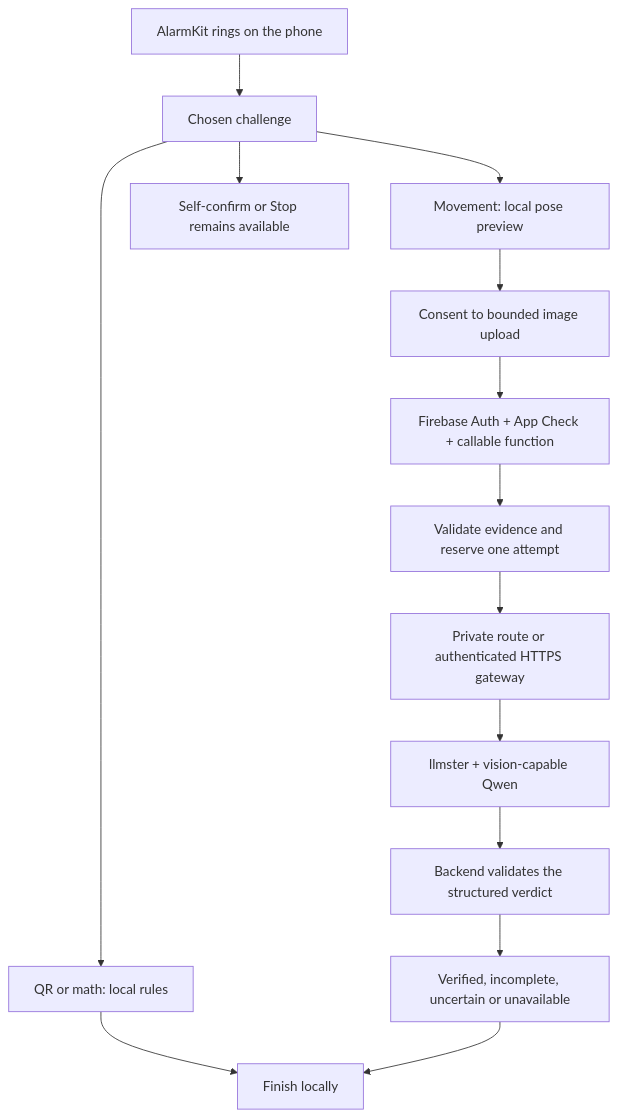
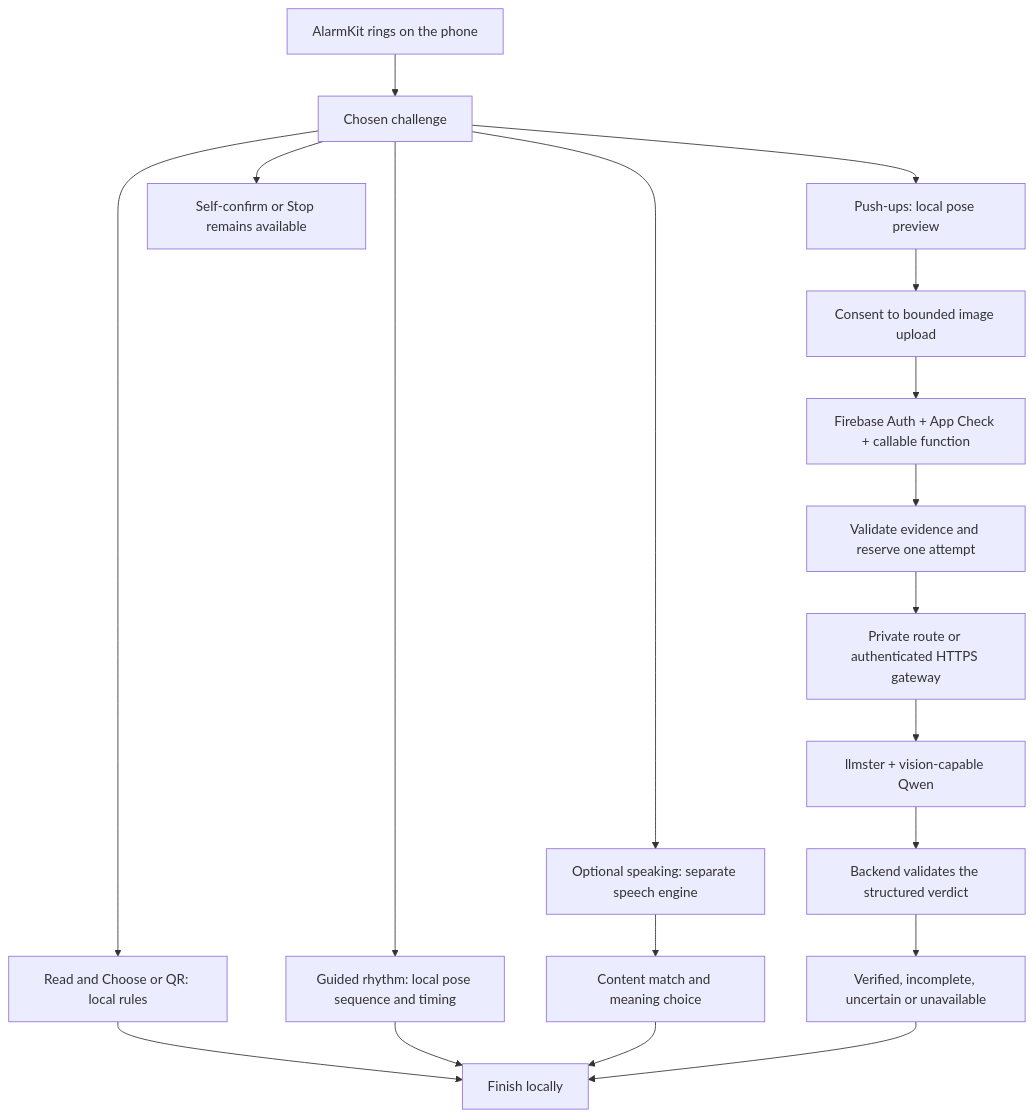
The diagram in docs/AI-AND-CHALLENGES-PLAN.md (thanhdanh/HiMorning), drawn with Mermaid before and after one commit. The commit also changed other lines of this file and 6 other files, not shown here.

````diff
--- a/docs/AI-AND-CHALLENGES-PLAN.md
+++ b/docs/AI-AND-CHALLENGES-PLAN.md
@@ -25,16 +27,21 @@
 ```mermaid
 flowchart TD
   ALARM[AlarmKit rings on the phone] --> CHOICE[Chosen challenge]
-  CHOICE --> LOCAL[QR or math: local rules]
-  CHOICE --> POSE[Movement: local pose preview]
+  CHOICE --> LOCAL[Read and Choose or QR: local rules]
+  CHOICE --> RHYTHM[Guided rhythm: local pose sequence and timing]
+  CHOICE --> SPEECH[Optional speaking: separate speech engine]
+  SPEECH --> WORDS[Content match and meaning choice]
+  CHOICE --> POSE[Push-ups: local pose preview]
   POSE --> CONSENT[Consent to bounded image upload]
   CONSENT --> FN[Firebase Auth + App Check + callable function]
   FN --> POLICY[Validate evidence and reserve one attempt]
   POLICY --> HOST[Private route or authenticated HTTPS gateway]
   HOST --> MODEL[llmster + vision-capable Qwen]
   MODEL --> CHECK[Backend validates the structured verdict]
   CHECK --> RESULT[Verified, incomplete, uncertain or unavailable]
   LOCAL --> FINISH[Finish locally]
+  RHYTHM --> FINISH
+  WORDS --> FINISH
   RESULT --> FINISH
   CHOICE --> EXIT[Self-confirm or Stop remains available]
 ```
````
